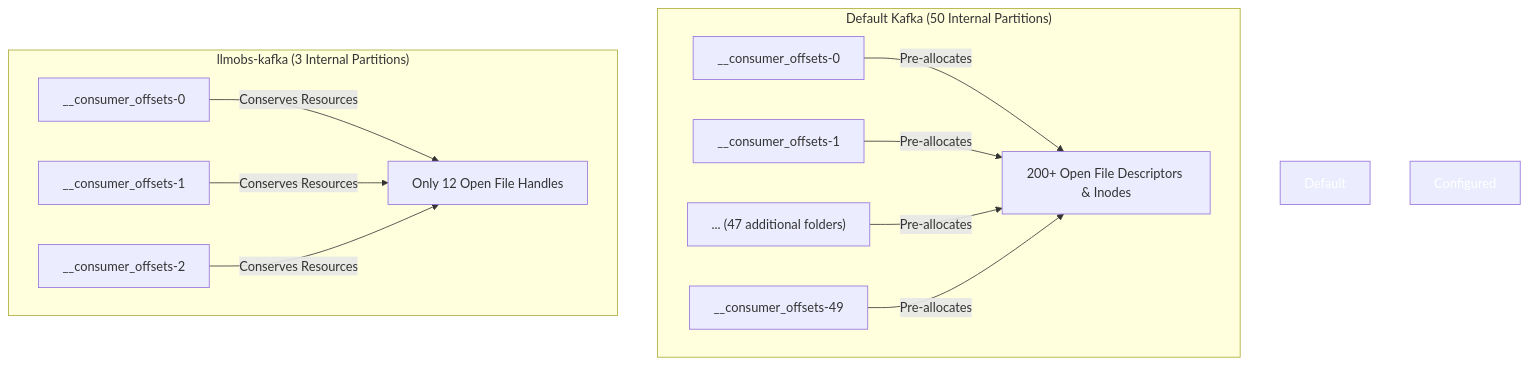
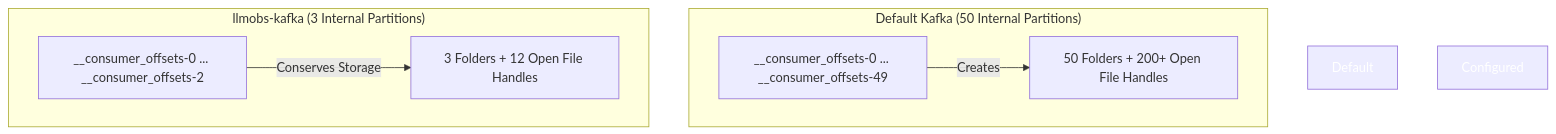
One commit to Chief-Strategist-J/llm-obs-infra changed the tenth of 12 diagrams in docs/configDoc/kafka-configuration-guide.md. Above: the diagram before and after it, drawn with Mermaid. The commit also changed other lines of this file, not shown here.

Commit message:
docs(kafka): add HLD/LLD diagrams, naming convention origin, and visual parameter breakdowns to kafka-configuration-guide.md

````diff
--- a/docs/configDoc/kafka-configuration-guide.md
+++ b/docs/configDoc/kafka-configuration-guide.md
@@ -266,20 +377,15 @@
 ```mermaid
 graph TD
     subgraph Default Setup ["Default Kafka (50 Internal Partitions)"]
-        D1["__consumer_offsets-0"]
-        D2["__consumer_offsets-1"]
-        D3["... (47 additional folders)"]
-        D4["__consumer_offsets-49"]
-        D1 & D2 & D3 & D4 -->|Pre-allocates| F1["200+ Open File Descriptors & Inodes"]
+        D1["__consumer_offsets-0 ... __consumer_offsets-49"]
+        D1 -->|Creates| F1["50 Folders + 200+ Open File Handles"]
     end
 
     subgraph Configured Setup ["llmobs-kafka (3 Internal Partitions)"]
-        C1["__consumer_offsets-0"]
-        C2["__consumer_offsets-1"]
-        C3["__consumer_offsets-2"]
-        C1 & C2 & C3 -->|Conserves Resources| F2["Only 12 Open File Handles"]
+        C1["__consumer_offsets-0 ... __consumer_offsets-2"]
+        C1 -->|Conserves Storage| F2["3 Folders + 12 Open File Handles"]
     end
 
-    style Default Setup fill:#4a0e17,color:#fff
-    style Configured Setup fill:#0f4c25,color:#fff
+    style Default Setup fill:#400000,color:#fff
+    style Configured Setup fill:#004000,color:#fff
 ```
````
